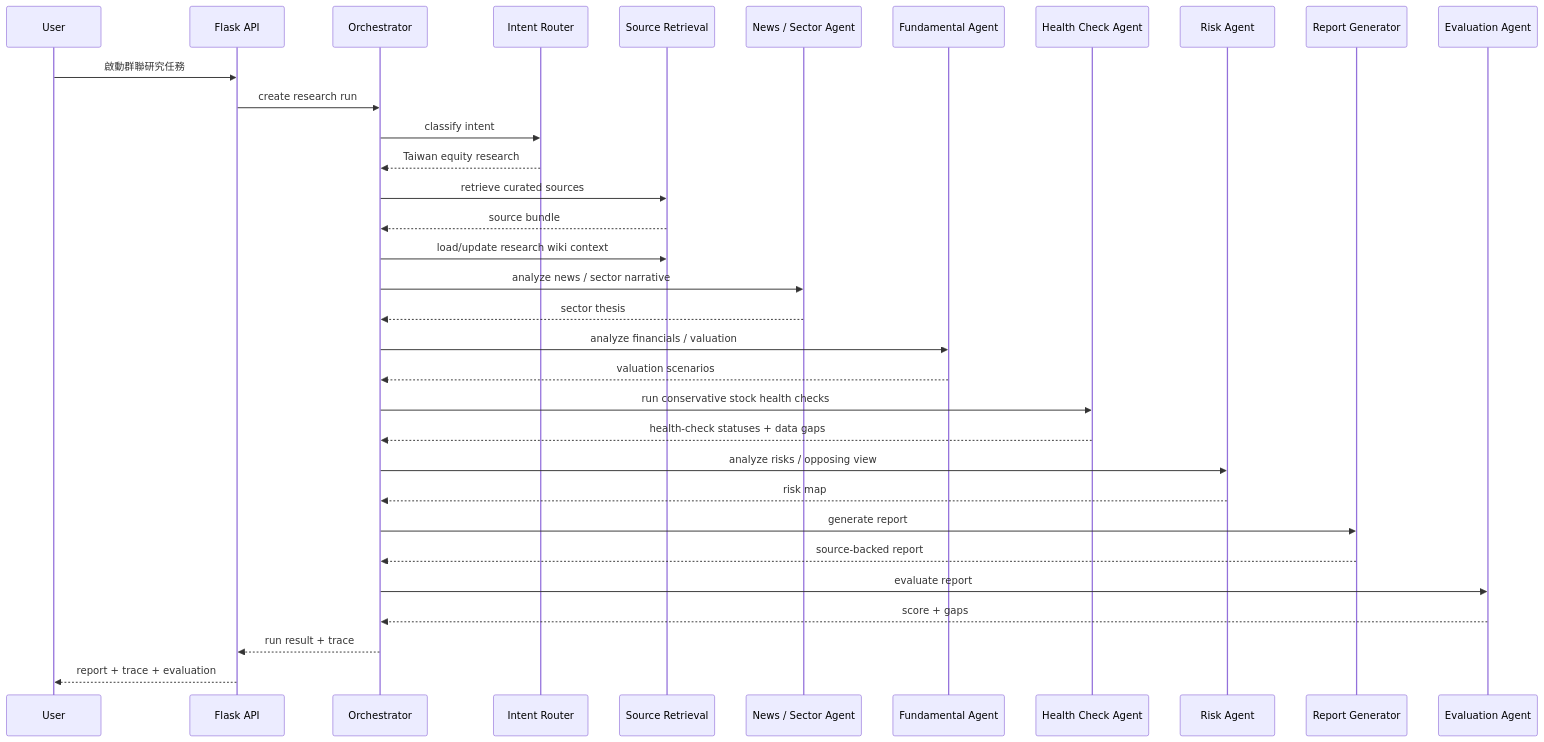
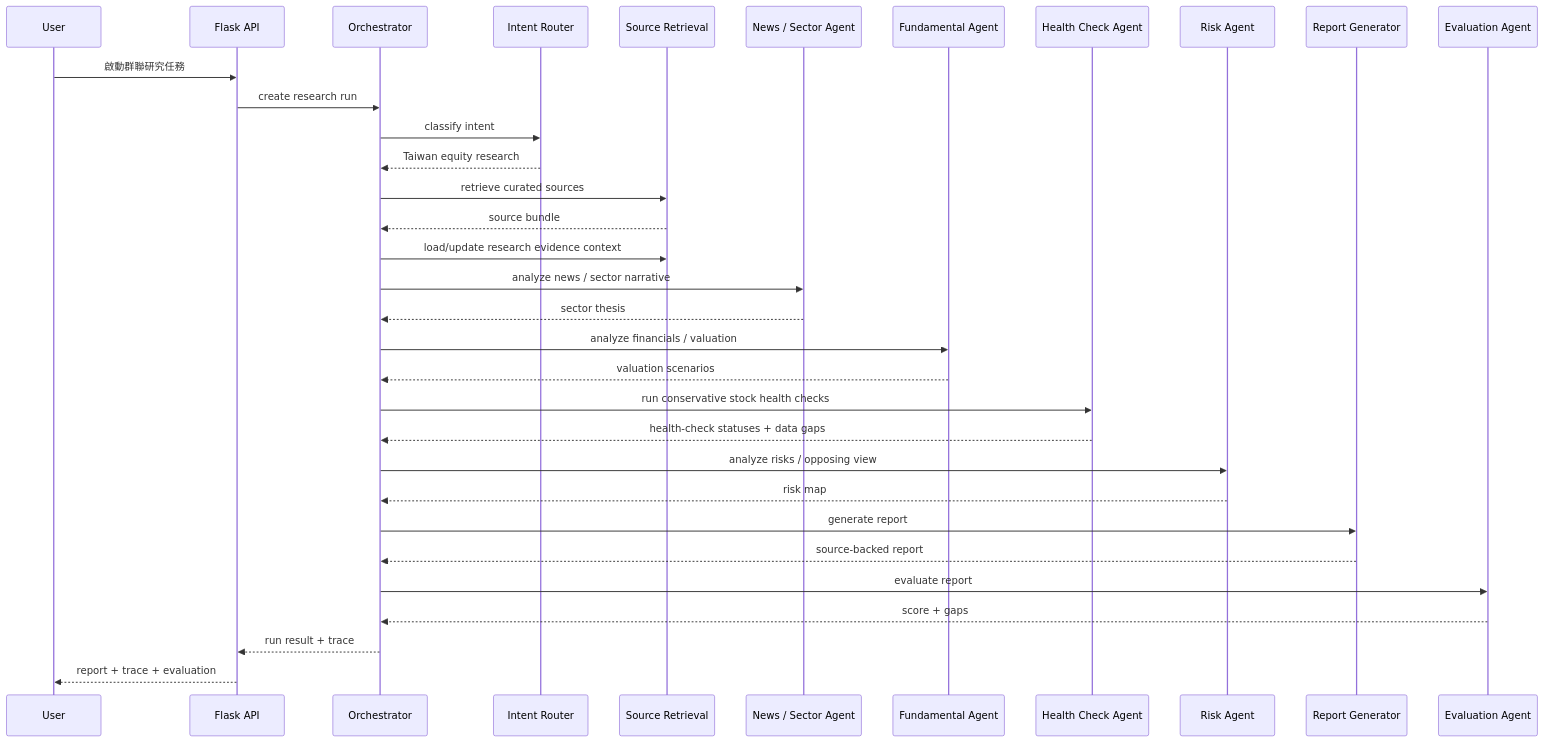
Before and after one commit to DancinAndrew/personal-finance-multi-agent-system: the second of 2 diagrams in openspec/changes/personal-finance-multi-agent-system/design.md, drawn with Mermaid. The commit also changed other lines of this file and 20 other files, not shown here.

Commit message:
refactor: replace llm wiki naming with evidence pack

````diff
--- a/openspec/changes/personal-finance-multi-agent-system/design.md
+++ b/openspec/changes/personal-finance-multi-agent-system/design.md
@@ -192,36 +192,36 @@
 ```mermaid
 sequenceDiagram
   participant U as User
   participant API as Flask API
   participant O as Orchestrator
   participant R as Intent Router
   participant S as Source Retrieval
   participant N as News / Sector Agent
   participant F as Fundamental Agent
   participant H as Health Check Agent
   participant K as Risk Agent
   participant G as Report Generator
   participant E as Evaluation Agent
 
   U->>API: 啟動群聯研究任務
   API->>O: create research run
   O->>R: classify intent
   R-->>O: Taiwan equity research
   O->>S: retrieve curated sources
   S-->>O: source bundle
-  O->>S: load/update research wiki context
+  O->>S: load/update research evidence context
   O->>N: analyze news / sector narrative
   N-->>O: sector thesis
   O->>F: analyze financials / valuation
   F-->>O: valuation scenarios
   O->>H: run conservative stock health checks
   H-->>O: health-check statuses + data gaps
   O->>K: analyze risks / opposing view
   K-->>O: risk map
   O->>G: generate report
   G-->>O: source-backed report
   O->>E: evaluate report
   E-->>O: score + gaps
   O-->>API: run result + trace
   API-->>U: report + trace + evaluation
 ```
````
